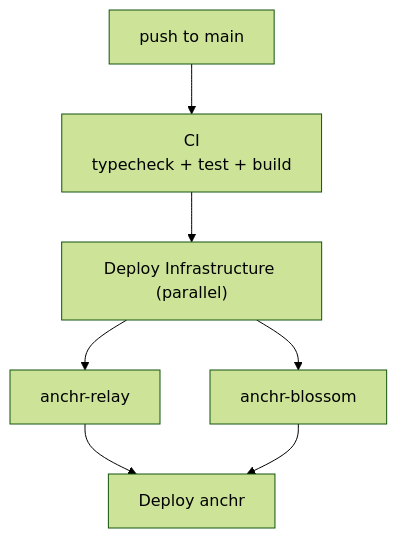
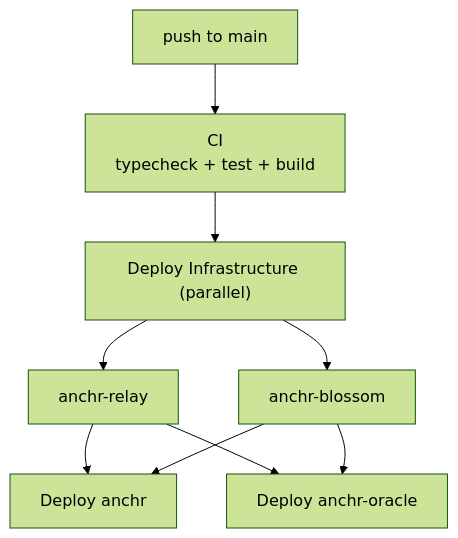
Before and after one commit to motxx/anchr: the fourth of 4 diagrams in README.md, drawn with Mermaid (forest theme). The commit also changed other lines of this file, not shown here.

````diff
--- a/README.md
+++ b/README.md
@@ -192,9 +247,11 @@
 ```mermaid
 graph TD
     Push["push to main"] --> CI["CI<br/>typecheck + test + build"]
     CI --> Infra["Deploy Infrastructure (parallel)"]
     Infra --> R["anchr-relay"]
     Infra --> B["anchr-blossom"]
     R --> Deploy["Deploy anchr"]
+    R --> DeployOracle["Deploy anchr-oracle"]
     B --> Deploy
+    B --> DeployOracle
 ```
````
